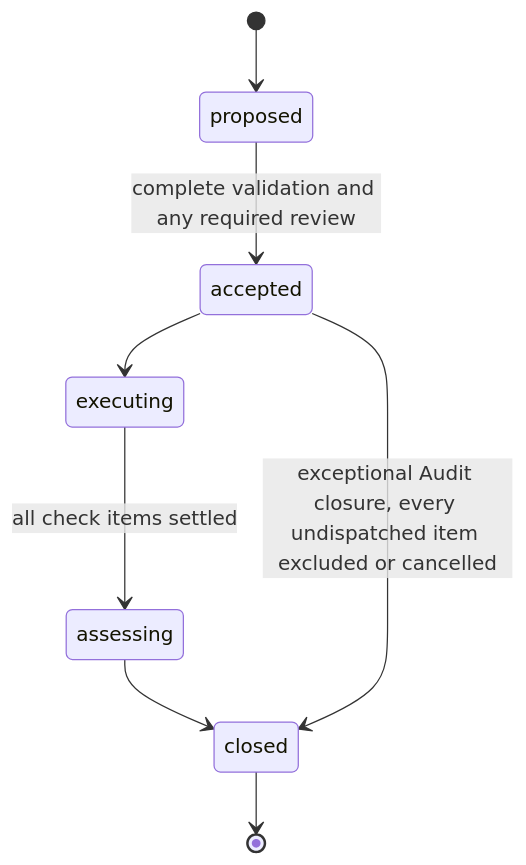
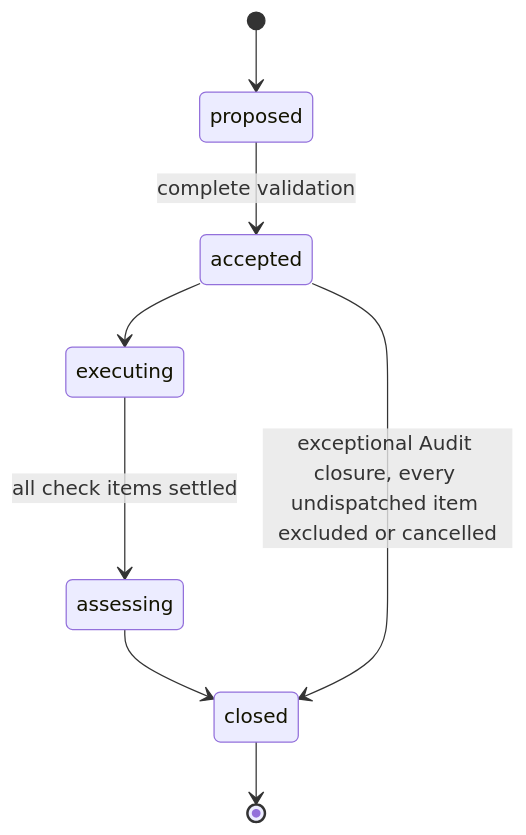
One commit to grauwolf32/contractor changed the fourth of 5 diagrams in docs/spec/audits/audits.md. Above: the diagram before and after it, drawn with Mermaid. The commit also changed other lines of this file and 237 other files, not shown here.

````diff
--- a/docs/spec/audits/audits.md
+++ b/docs/spec/audits/audits.md
@@ -279,10 +268,10 @@
 ```mermaid
 stateDiagram-v2
   [*] --> proposed
-  proposed --> accepted: complete validation and any required review
+  proposed --> accepted: complete validation
   accepted --> executing
   executing --> assessing: all check items settled
   assessing --> closed
   accepted --> closed: exceptional Audit closure, every undispatched item excluded or cancelled
   closed --> [*]
 ```
````
